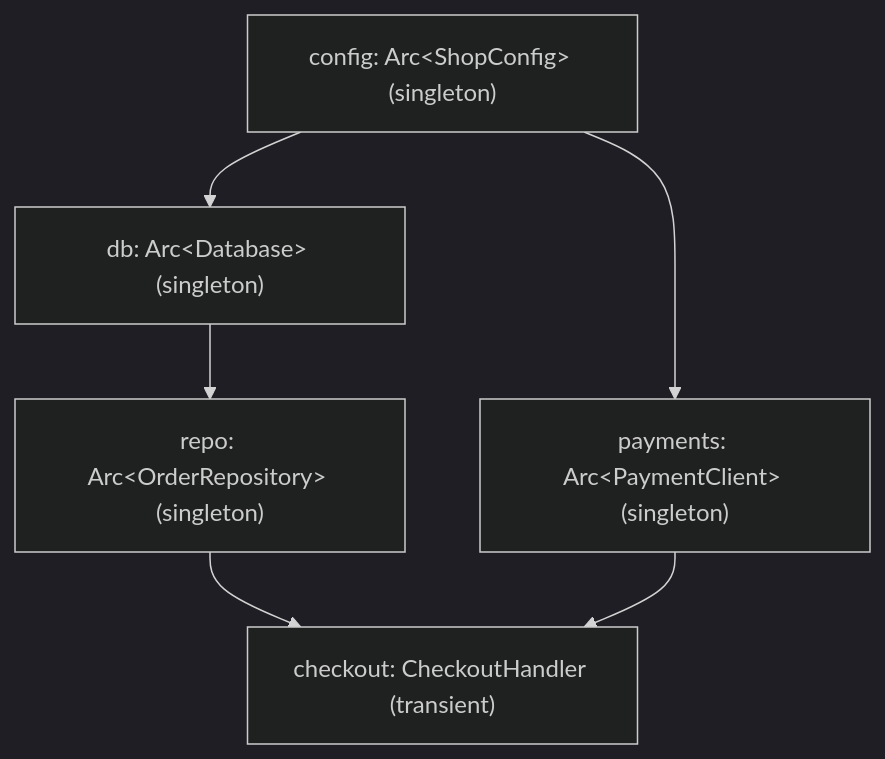
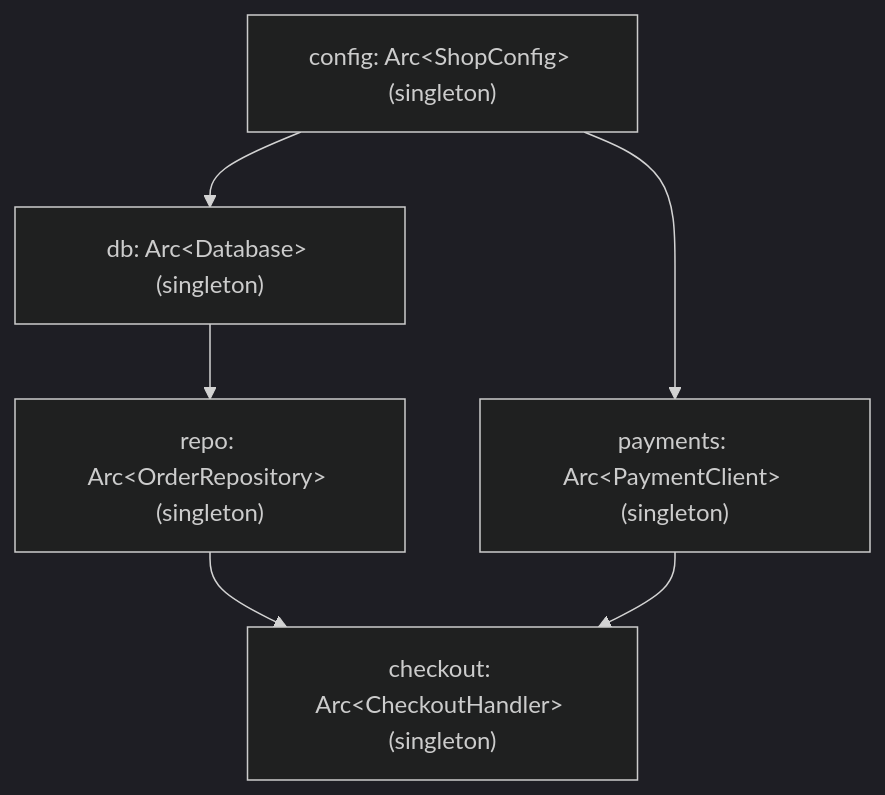
One commit to marlon-sousa/snapfit-rs changed the diagram in book/chapters/03-read-the-container-know-the-graph.md. Above: the diagram before and after it, drawn with Mermaid (dark theme). The commit also changed other lines of this file and 19 other files, not shown here.

````diff
--- a/book/chapters/03-read-the-container-know-the-graph.md
+++ b/book/chapters/03-read-the-container-know-the-graph.md
@@ -31,10 +31,10 @@
 ```mermaid
 flowchart TD
     accTitle: Compile-time dependency graph for ShopContainer
-    accDescr: ShopConfig is a leaf singleton at the root. Database and PaymentClient both depend on ShopConfig. OrderRepository depends on Database. CheckoutHandler is a transient that depends on OrderRepository and PaymentClient.
+    accDescr: ShopConfig is a leaf singleton at the root. Database and PaymentClient both depend on ShopConfig. OrderRepository depends on Database. CheckoutHandler depends on OrderRepository and PaymentClient.
     CFG["config: Arc&lt;ShopConfig&gt; (singleton)"] --> DB["db: Arc&lt;Database&gt; (singleton)"]
     CFG --> PAY["payments: Arc&lt;PaymentClient&gt; (singleton)"]
     DB --> REPO["repo: Arc&lt;OrderRepository&gt; (singleton)"]
-    REPO --> CHK["checkout: CheckoutHandler (transient)"]
+    REPO --> CHK["checkout: Arc&lt;CheckoutHandler&gt; (singleton)"]
     PAY --> CHK
 ```
````
